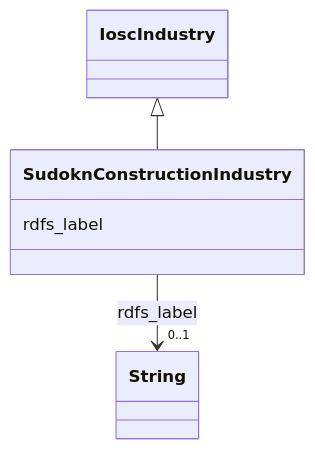
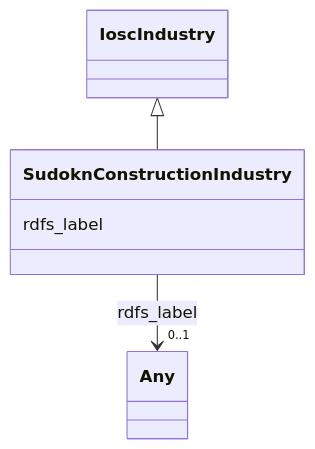
Before and after one commit to frink-okn/graph-descriptions: the diagram in sudokn-kg/classes/SudoknConstructionIndustry.md, drawn with Mermaid. The commit also changed other lines of this file and 903 other files, not shown here.

````diff
--- a/sudokn-kg/classes/SudoknConstructionIndustry.md
+++ b/sudokn-kg/classes/SudoknConstructionIndustry.md
@@ -23,18 +18,18 @@
 ```mermaid
  classDiagram
     class SudoknConstructionIndustry
     click SudoknConstructionIndustry href "../SudoknConstructionIndustry"
       IoscIndustry <|-- SudoknConstructionIndustry
         click IoscIndustry href "../IoscIndustry"
       
       SudoknConstructionIndustry : rdfs_label
         
           
     
     
-    SudoknConstructionIndustry --> "0..1" String : rdfs_label
-    click String href "../String"
+    SudoknConstructionIndustry --> "0..1" Any : rdfs_label
+    click Any href "../Any"
 
         
       
 ```
````
